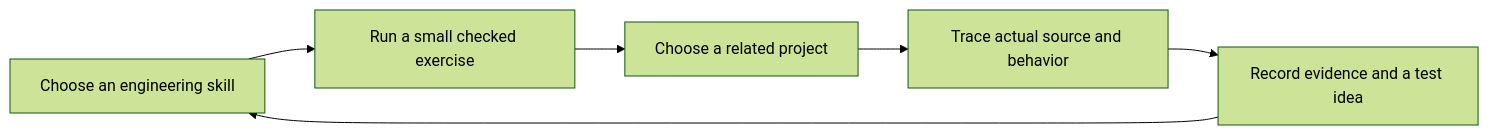
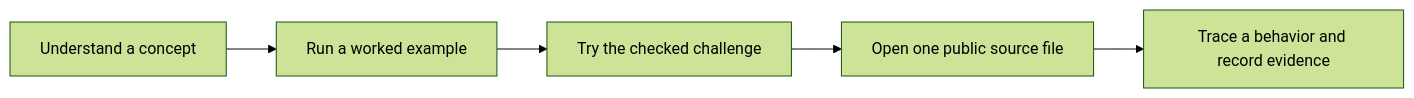
The diagram in docs/project-learning.md (ShmalexM/ml-workshop), drawn with Mermaid (forest theme) before and after one commit. The commit also changed other lines of this file and 22 other files, not shown here.

````diff
--- a/docs/project-learning.md
+++ b/docs/project-learning.md
@@ -5,8 +5,7 @@
 ```mermaid
 flowchart LR
-  A[Choose an engineering skill] --> B[Run a small checked exercise]
-  B --> C[Choose a related project]
-  C --> D[Trace actual source and behavior]
-  D --> E[Record evidence and a test idea]
-  E --> A
+  A[Understand a concept] --> B[Run a worked example]
+  B --> C[Try the checked challenge]
+  C --> D[Open one public source file]
+  D --> E[Trace a behavior and record evidence]
 ```
````
